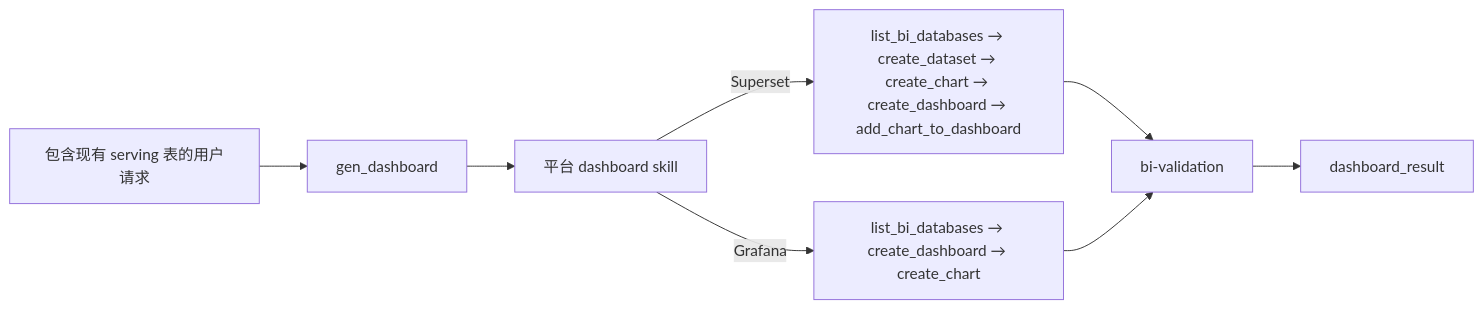
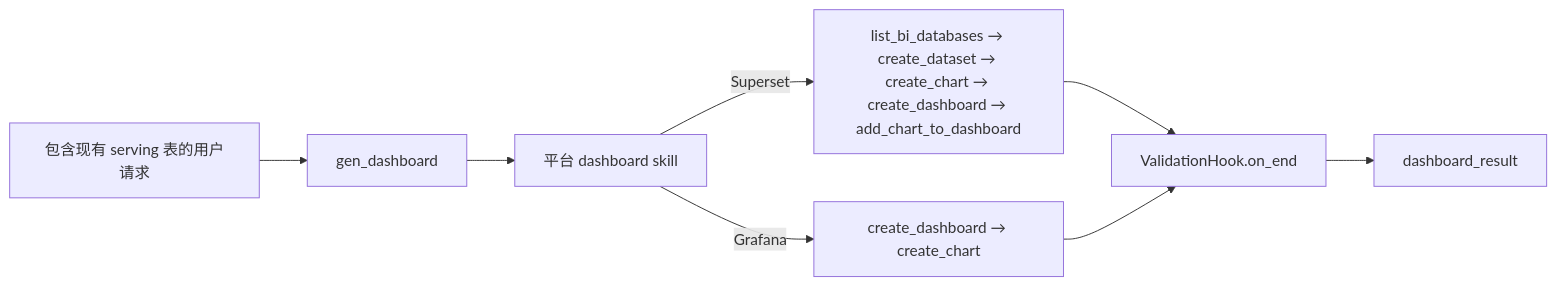
One commit to Datus-ai/Datus-agent changed the diagram in docs/subagent/gen_dashboard.zh.md. Above: the diagram before and after it, drawn with Mermaid. The commit also changed other lines of this file and 33 other files, not shown here.

````diff
--- a/docs/subagent/gen_dashboard.zh.md
+++ b/docs/subagent/gen_dashboard.zh.md
@@ -42,10 +42,10 @@
 ```mermaid
 graph LR
     A[包含现有 serving 表的用户请求] --> B[gen_dashboard]
     B --> H[平台 dashboard skill]
     H -->|Superset| I[list_bi_databases → create_dataset → create_chart → create_dashboard → add_chart_to_dashboard]
-    H -->|Grafana| J[list_bi_databases → create_dashboard → create_chart]
-    I --> K[bi-validation]
+    H -->|Grafana| J[create_dashboard → create_chart]
+    I --> K[ValidationHook.on_end]
     J --> K
     K --> L[dashboard_result]
 ```
````
